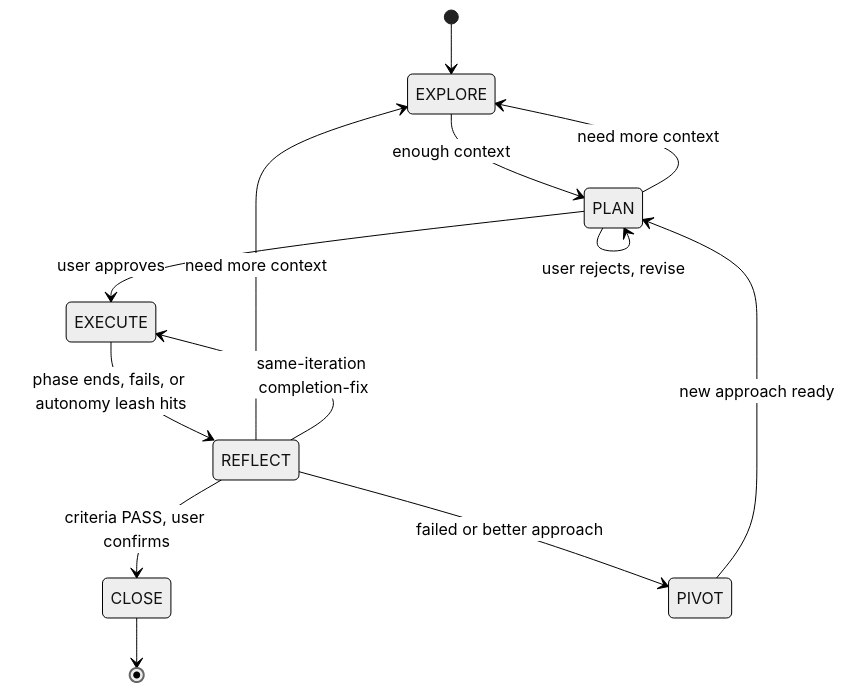
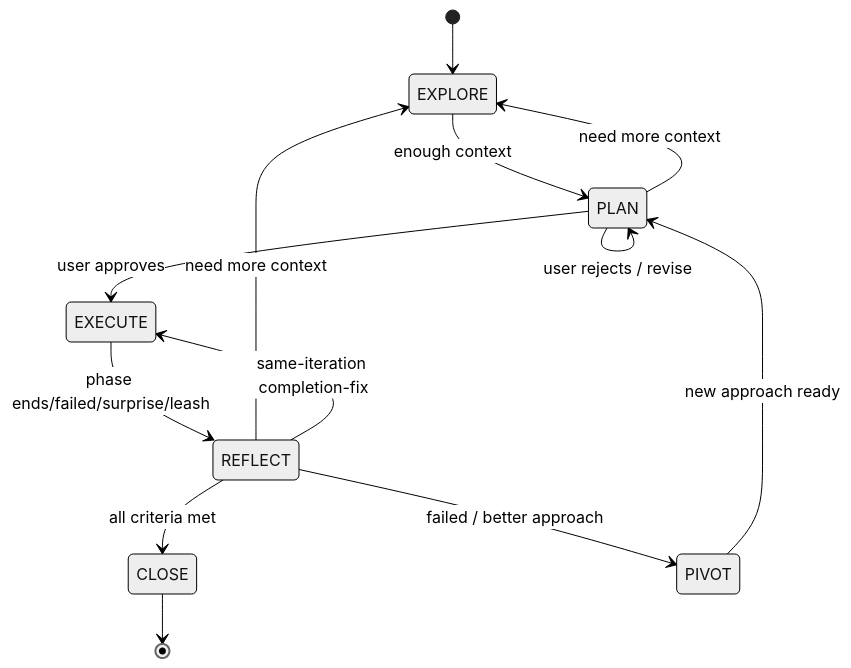
Before and after one commit to NikolasMarkou/iterative-planner: the diagram in README.md, drawn with Mermaid (neutral theme). The commit also changed other lines of this file, not shown here.

Commit message:
[plan-2026-07-18-e75f81fa/iter-1/step-1] rewrite README.md from scratch — intriguing prose, collapsible technical detail, 3 fixes

````diff
--- a/README.md
+++ b/README.md
@@ -62,15 +70,15 @@
 ```mermaid
 stateDiagram-v2
     [*] --> EXPLORE
     EXPLORE --> PLAN : enough context
     PLAN --> EXPLORE : need more context
-    PLAN --> PLAN : user rejects, revise
+    PLAN --> PLAN : user rejects / revise
     PLAN --> EXECUTE : user approves
-    EXECUTE --> REFLECT : phase ends, fails, or autonomy leash hits
-    REFLECT --> CLOSE : criteria PASS, user confirms
-    REFLECT --> PIVOT : failed or better approach
+    EXECUTE --> REFLECT : phase ends/failed/surprise/leash
+    REFLECT --> CLOSE : all criteria met
+    REFLECT --> PIVOT : failed / better approach
     REFLECT --> EXPLORE : need more context
     REFLECT --> EXECUTE : same-iteration completion-fix
     PIVOT --> PLAN : new approach ready
     CLOSE --> [*]
 ```
````
